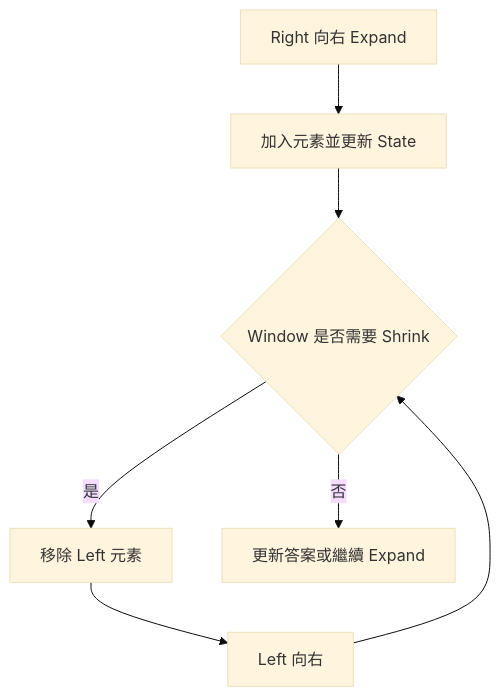
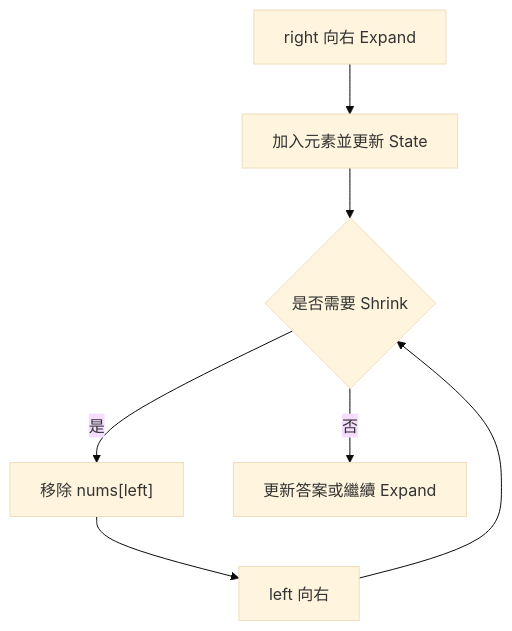
The seventh of 12 diagrams in 03_core_patterns/13_sliding_window.md (davidchen0970/algorithm_note), drawn with Mermaid (base theme) before and after one commit. The commit also changed other lines of this file, not shown here.

````diff
--- a/03_core_patterns/13_sliding_window.md
+++ b/03_core_patterns/13_sliding_window.md
@@ -302,9 +342,9 @@
 ```mermaid
 flowchart TD
-    A[Right 向右 Expand] --> B[加入元素並更新 State]
-    B --> C{Window 是否需要 Shrink}
-    C -->|是| D[移除 Left 元素]
-    D --> E[Left 向右]
+    A["right 向右 Expand"] --> B["加入元素並更新 State"]
+    B --> C{"是否需要 Shrink"}
+    C -->|是| D["移除 nums[left]"]
+    D --> E["left 向右"]
     E --> C
-    C -->|否| F[更新答案或繼續 Expand]
+    C -->|否| F["更新答案或繼續 Expand"]
 ```
````
